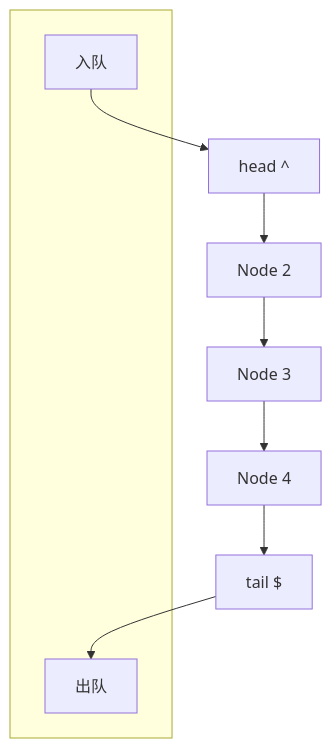
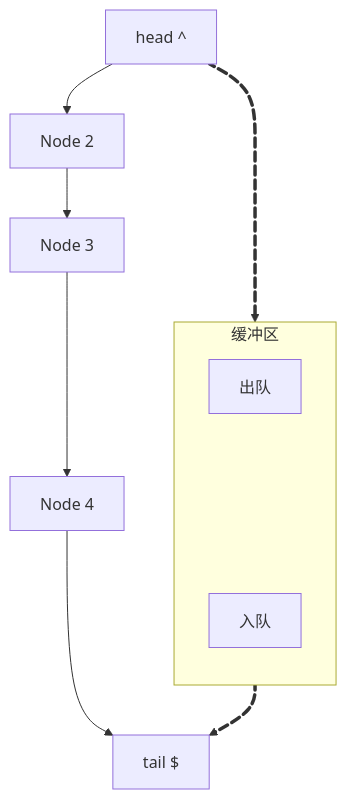
Before and after one commit to game1024/www: the fourth of 6 diagrams in src/content/posts/mermaid文本绘图/index.mdx, drawn with Mermaid. The commit also changed other lines of this file, not shown here.

Commit message:
fix queue diagram

````diff
--- a/src/content/posts/mermaid文本绘图/index.mdx
+++ b/src/content/posts/mermaid文本绘图/index.mdx
@@ -57,15 +59,22 @@
 ```mermaid
 %%{init: {'flowchart': {'rankSpacing': 50}}}%%
 
-graph TD
-    subgraph " "
-        入队
-        出队
-    end
-    入队 --> A
-    E --> 出队
+graph TB
     A["head ^"] --> B[Node 2]
     B --> C[Node 3]
     C --> D[Node 4]
     D --> E["tail $"]
+
+    A e1@==> 出队
+    入队 e2@==> E
+
+    e1@{ animate: true }
+    e2@{ animate: true }
+
+    subgraph "缓冲区"
+        direction TB
+        出队 ~~~ spacer[ ] ~~~ 入队
+    end
+    style spacer fill:none,stroke:none
+
 ```
````
